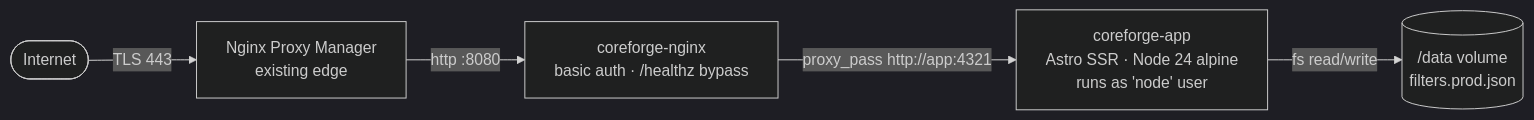
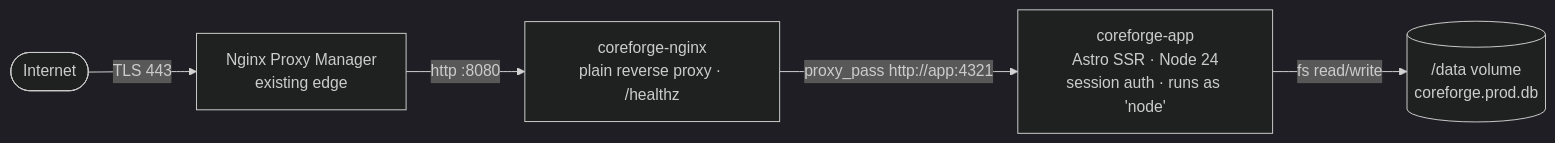
Before and after one commit to Negri234279/coreforge-conveyor-filters: the diagram in README.md, drawn with Mermaid (dark theme). The commit also changed other lines of this file and 60 other files, not shown here.

````diff
--- a/README.md
+++ b/README.md
@@ -24,7 +25,7 @@
 ```mermaid
 flowchart LR
     user([Internet]) -->|TLS 443| npm[Nginx Proxy Manager<br/>existing edge]
-    npm -->|http :8080| nginx[coreforge-nginx<br/>basic auth · /healthz bypass]
-    nginx -->|proxy_pass http://app:4321| app[coreforge-app<br/>Astro SSR · Node 24 alpine<br/>runs as 'node' user]
-    app -->|fs read/write| vol[(/data volume<br/>filters.prod.json)]
+    npm -->|http :8080| nginx[coreforge-nginx<br/>plain reverse proxy · /healthz]
+    nginx -->|proxy_pass http://app:4321| app[coreforge-app<br/>Astro SSR · Node 24<br/>session auth · runs as 'node']
+    app -->|fs read/write| vol[(/data volume<br/>coreforge.prod.db)]
 ```
````
